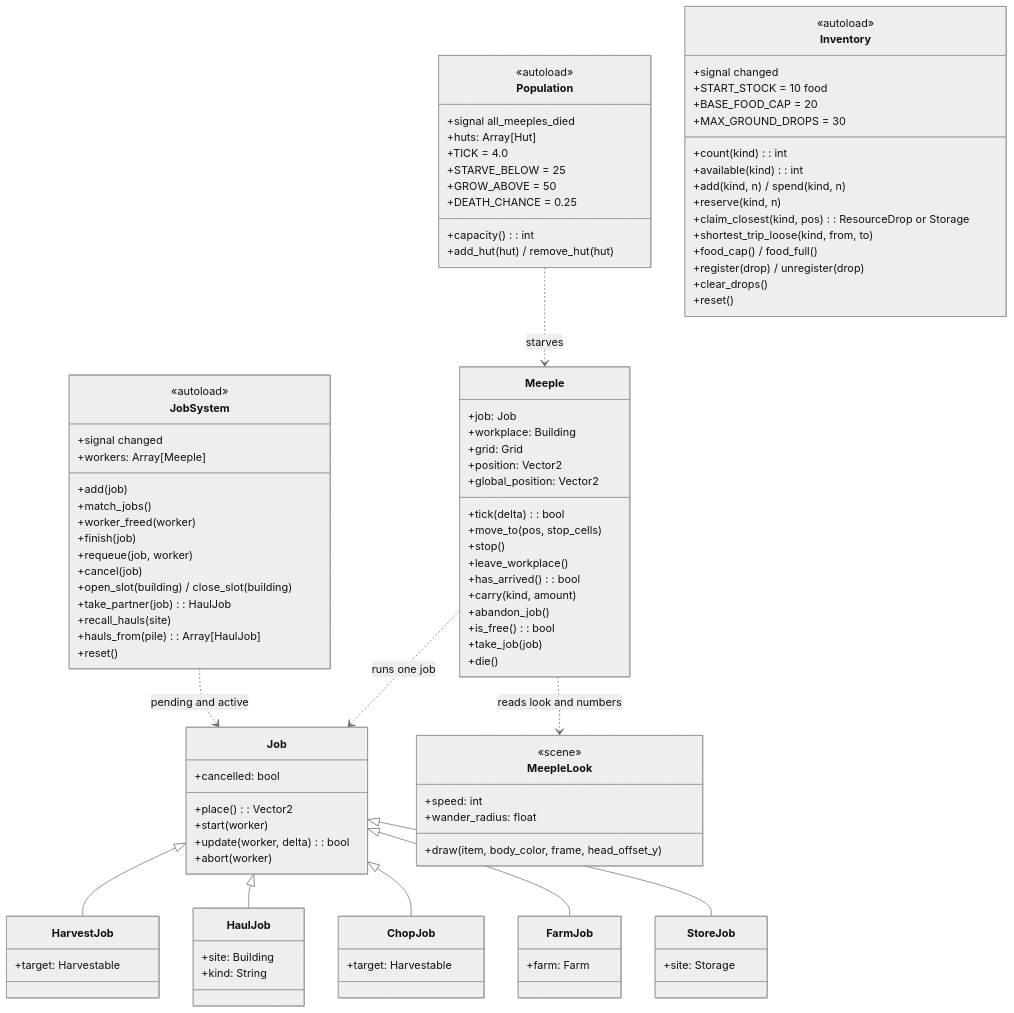
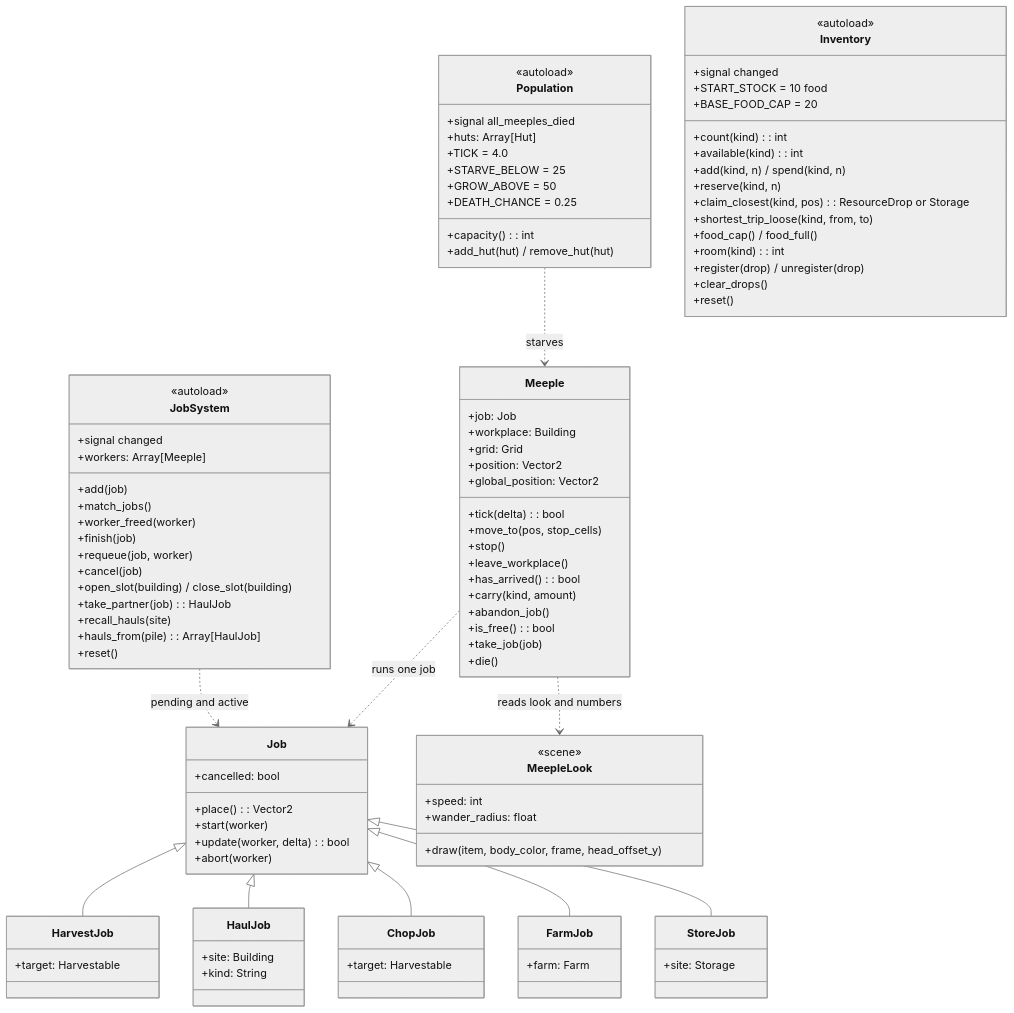
One commit to Liam-M-Mays/game-jam-2026 changed the tenth of 11 diagrams in docs/architecture.md. Above: the diagram before and after it, drawn with Mermaid (neutral theme). The commit also changed other lines of this file and 8 other files, not shown here.

```diff
--- a/docs/architecture.md
+++ b/docs/architecture.md
@@ -655,7 +653,6 @@
         +signal changed
         +START_STOCK = 10 food
         +BASE_FOOD_CAP = 20
-        +MAX_GROUND_DROPS = 30
         +count(kind): int
         +available(kind): int
         +add(kind, n) / spend(kind, n)
@@ -663,6 +660,7 @@
         +claim_closest(kind, pos): ResourceDrop or Storage
         +shortest_trip_loose(kind, from, to)
         +food_cap() / food_full()
+        +room(kind): int
         +register(drop) / unregister(drop)
         +clear_drops()
         +reset()
```
